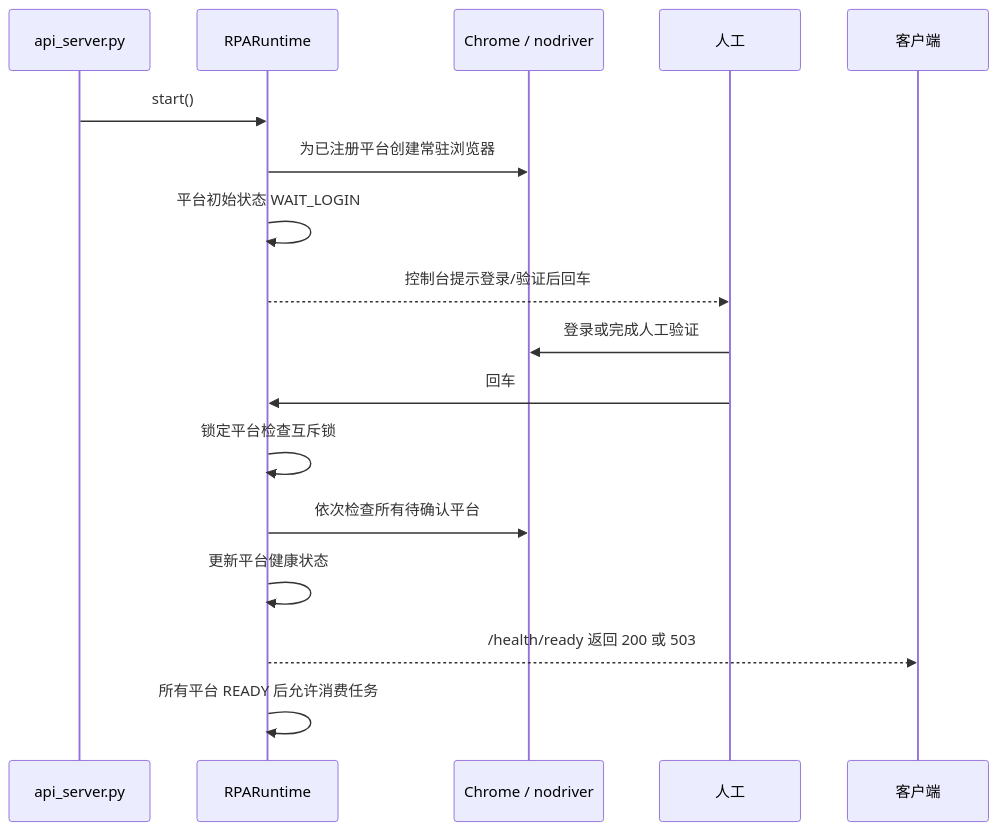
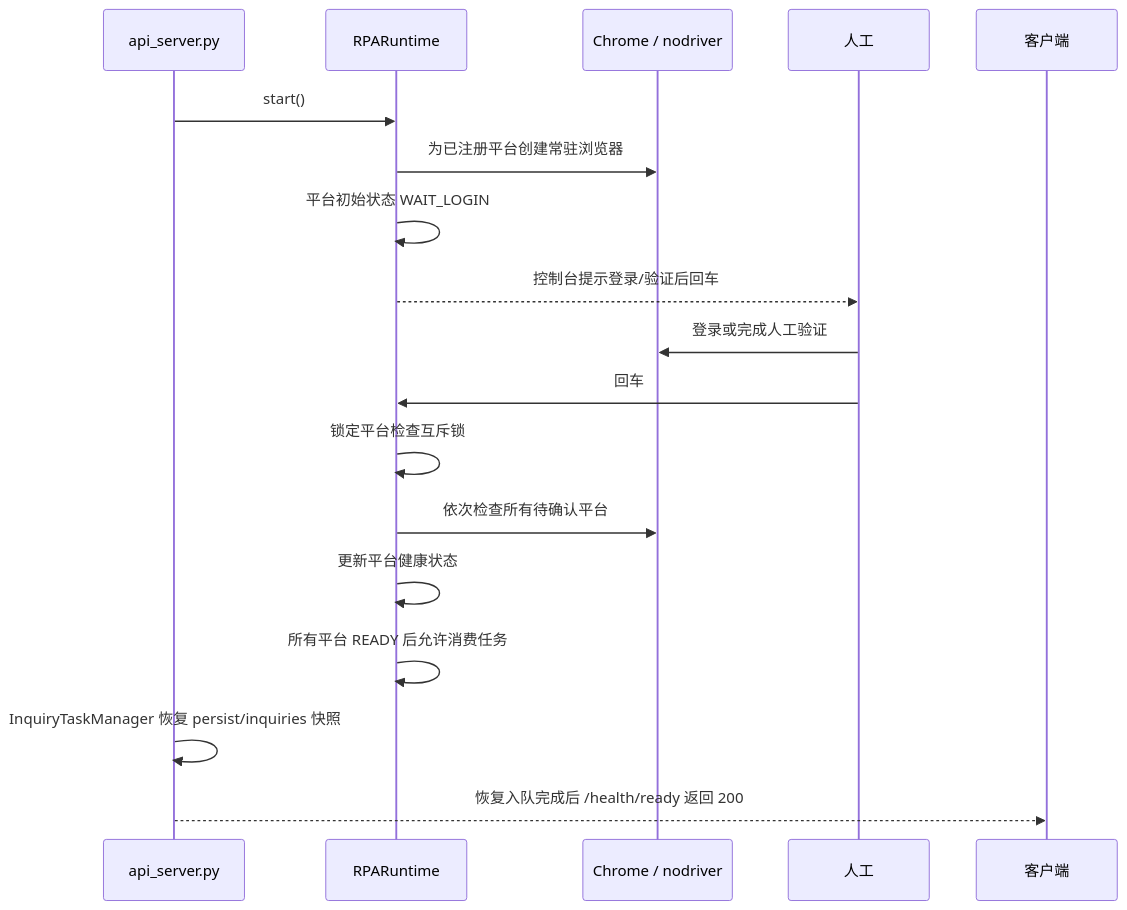
Before and after one commit to Hr222/house-rpa: the third of 4 diagrams in docs/系统架构与运行时状态.md, drawn with Mermaid. The commit also changed other lines of this file and 5 other files, not shown here.

````diff
--- a/docs/系统架构与运行时状态.md
+++ b/docs/系统架构与运行时状态.md
@@ -135,20 +158,21 @@
 ```mermaid
 sequenceDiagram
     participant S as api_server.py
     participant R as RPARuntime
     participant B as Chrome / nodriver
     participant U as 人工
     participant C as 客户端
 
     S->>R: start()
     R->>B: 为已注册平台创建常驻浏览器
     R->>R: 平台初始状态 WAIT_LOGIN
     R-->>U: 控制台提示登录/验证后回车
     U->>B: 登录或完成人工验证
     U->>R: 回车
     R->>R: 锁定平台检查互斥锁
     R->>B: 依次检查所有待确认平台
     R->>R: 更新平台健康状态
-    R-->>C: /health/ready 返回 200 或 503
     R->>R: 所有平台 READY 后允许消费任务
+    S->>S: InquiryTaskManager 恢复 persist/inquiries 快照
+    S-->>C: 恢复入队完成后 /health/ready 返回 200
 ```
````
